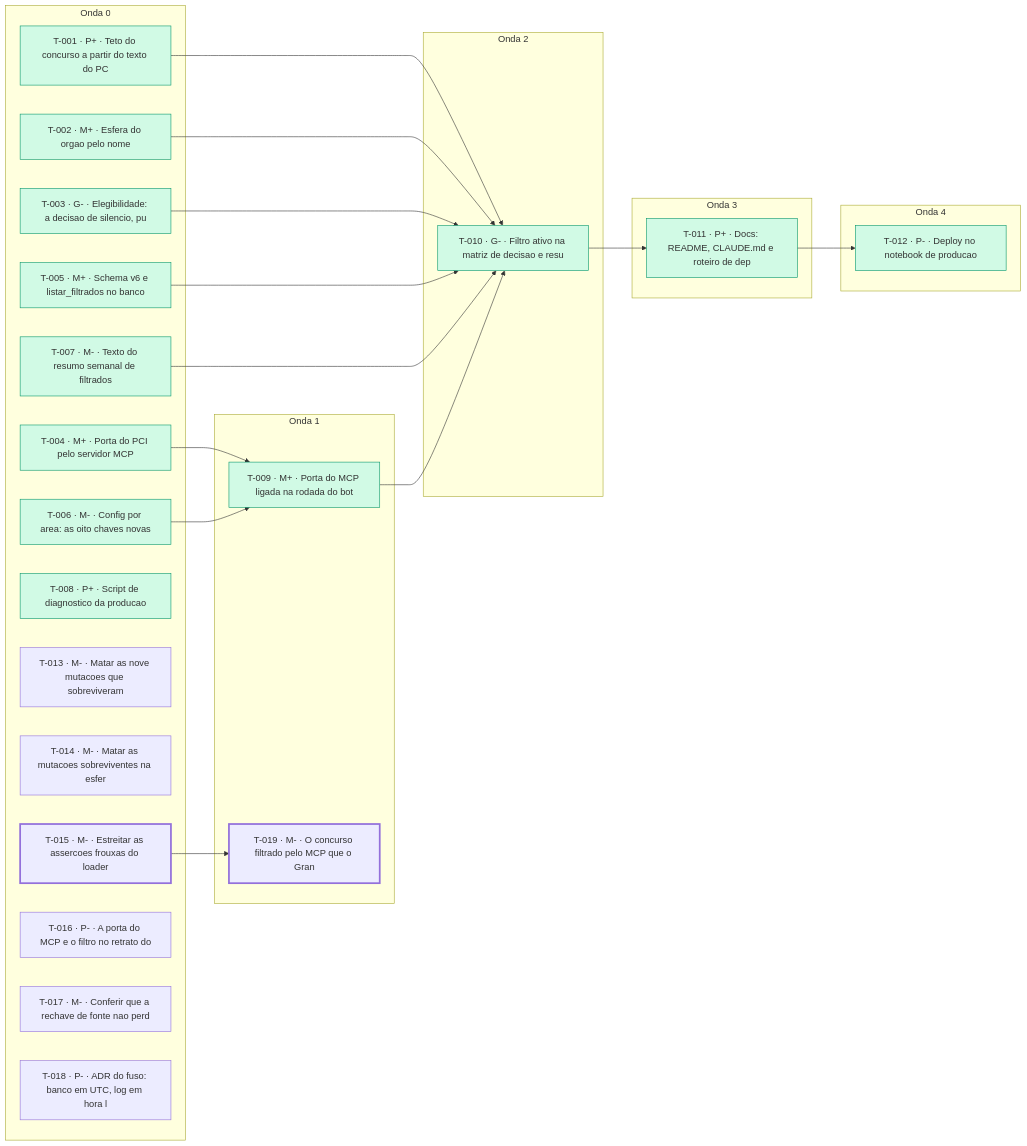
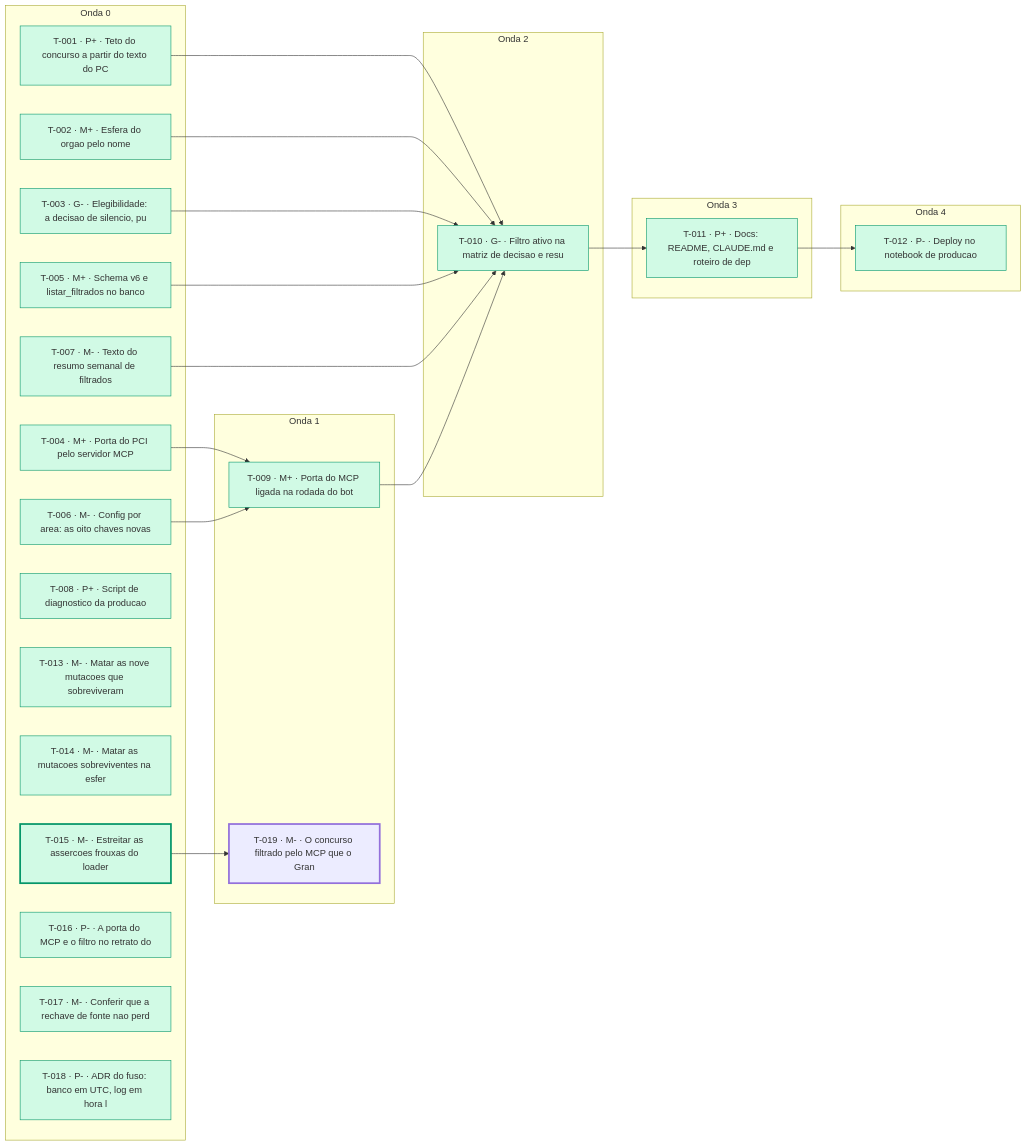
Before and after one commit to lucasmsorrentino/monitor_concursos_ti: the diagram in kanban/MAPA.md, drawn with Mermaid. The commit also changed other lines of this file and 30 other files, not shown here.

````diff
--- a/kanban/MAPA.md
+++ b/kanban/MAPA.md
@@ -74,47 +74,47 @@
 ```mermaid
 graph LR
   subgraph O0["Onda 0"]
     T001["T-001 · P+ · Teto do concurso a partir do texto do PC"]
     T002["T-002 · M+ · Esfera do orgao pelo nome"]
     T003["T-003 · G- · Elegibilidade: a decisao de silencio, pu"]
     T004["T-004 · M+ · Porta do PCI pelo servidor MCP"]
     T005["T-005 · M+ · Schema v6 e listar_filtrados no banco"]
     T006["T-006 · M- · Config por area: as oito chaves novas"]
     T007["T-007 · M- · Texto do resumo semanal de filtrados"]
     T008["T-008 · P+ · Script de diagnostico da producao"]
     T013["T-013 · M- · Matar as nove mutacoes que sobreviveram "]
     T014["T-014 · M- · Matar as mutacoes sobreviventes na esfer"]
     T015["T-015 · M- · Estreitar as assercoes frouxas do loader"]
     T016["T-016 · P- · A porta do MCP e o filtro no retrato do "]
     T017["T-017 · M- · Conferir que a rechave de fonte nao perd"]
     T018["T-018 · P- · ADR do fuso: banco em UTC, log em hora l"]
   end
   subgraph O1["Onda 1"]
     T009["T-009 · M+ · Porta do MCP ligada na rodada do bot"]
     T019["T-019 · M- · O concurso filtrado pelo MCP que o Gran "]
   end
   subgraph O2["Onda 2"]
     T010["T-010 · G- · Filtro ativo na matriz de decisao e resu"]
   end
   subgraph O3["Onda 3"]
     T011["T-011 · P+ · Docs: README, CLAUDE.md e roteiro de dep"]
   end
   subgraph O4["Onda 4"]
     T012["T-012 · P- · Deploy no notebook de producao"]
   end
   T004 --> T009
   T006 --> T009
   T001 --> T010
   T002 --> T010
   T003 --> T010
   T005 --> T010
   T007 --> T010
   T009 --> T010
   T010 --> T011
   T011 --> T012
   T015 --> T019
   classDef integrado fill:#d1fae5,stroke:#059669
-  class T001,T002,T003,T004,T005,T006,T007,T008,T009,T010,T011,T012 integrado
+  class T001,T002,T003,T004,T005,T006,T007,T008,T009,T010,T011,T012,T013,T014,T015,T016,T017,T018 integrado
   classDef critico stroke-width:3px
   class T015,T019 critico
 ```
````
